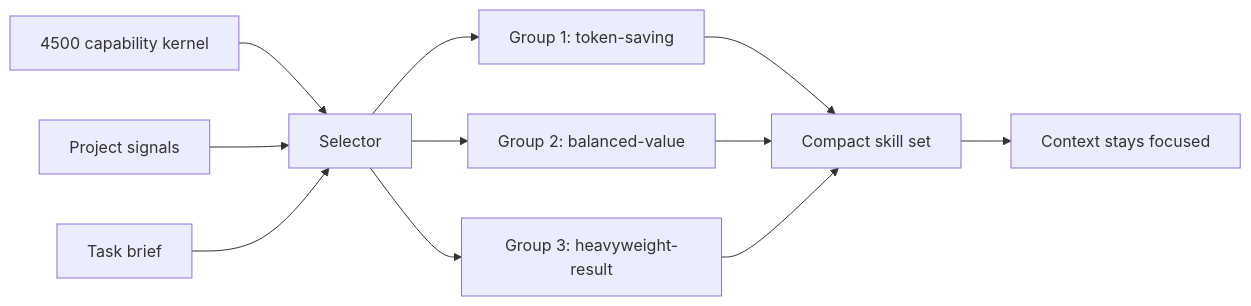
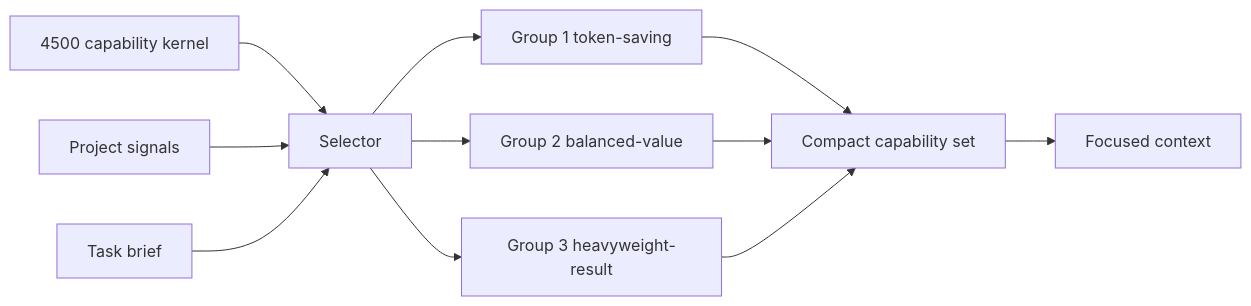
One commit to srednoff888-art/srednoff-os changed the second of 3 diagrams in README.md. Above: the diagram before and after it, drawn with Mermaid. The commit also changed other lines of this file and 7 other files, not shown here.

````diff
--- a/README.md
+++ b/README.md
@@ -118,13 +105,13 @@
 ```mermaid
 flowchart LR
     K["4500 capability kernel"] --> S["Selector"]
-    I["Project signals"] --> S
+    P["Project signals"] --> S
     B["Task brief"] --> S
-    S --> G1["Group 1: token-saving"]
-    S --> G2["Group 2: balanced-value"]
-    S --> G3["Group 3: heavyweight-result"]
-    G1 --> R["Compact skill set"]
+    S --> G1["Group 1 token-saving"]
+    S --> G2["Group 2 balanced-value"]
+    S --> G3["Group 3 heavyweight-result"]
+    G1 --> R["Compact capability set"]
     G2 --> R
     G3 --> R
-    R --> C["Context stays focused"]
+    R --> C["Focused context"]
 ```
````
